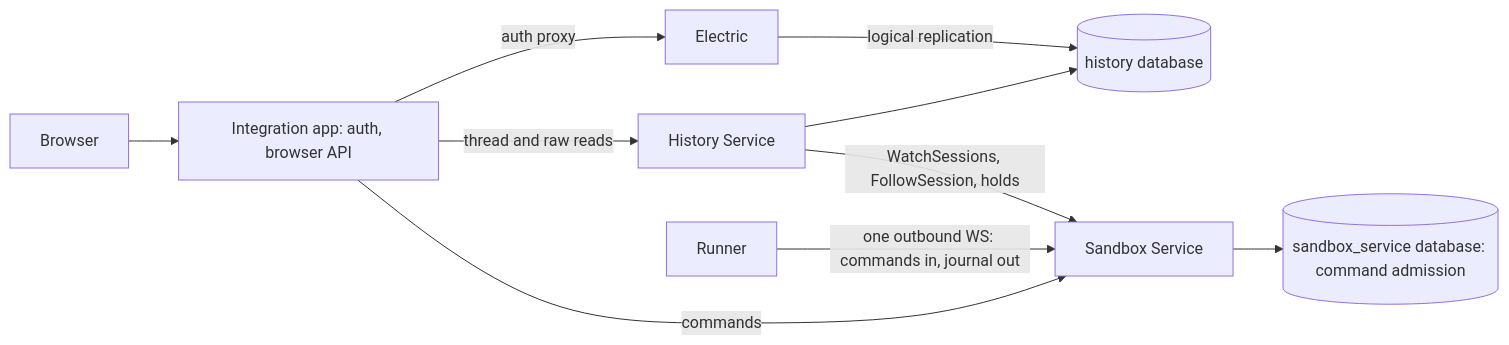
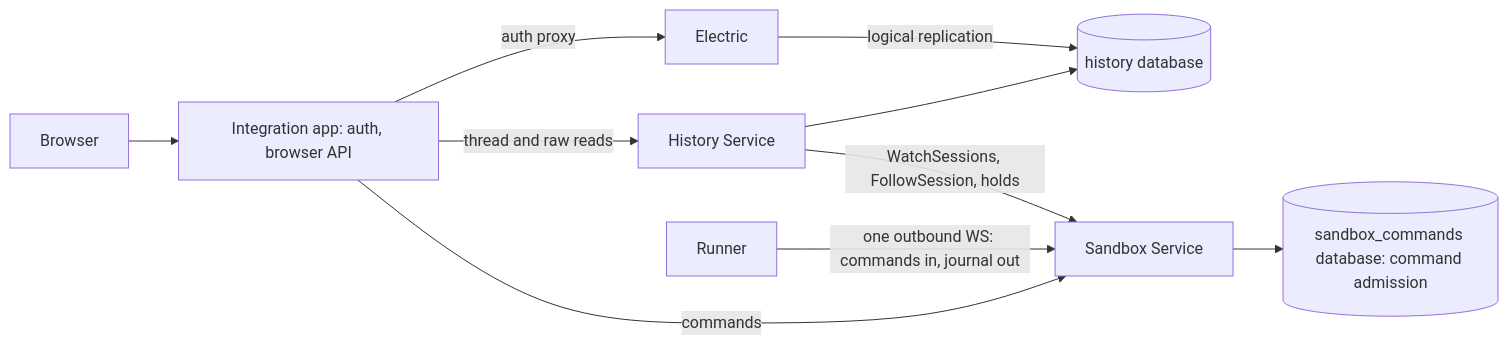
Before and after one commit to agentydragon/ducktape: the diagram in agentplane/plans/history_service.md, drawn with Mermaid. The commit also changed other lines of this file and 4 other files, not shown here.

First line of the commit message:
agentplane: add the sandbox_commands database for command admission

````diff
--- a/agentplane/plans/history_service.md
+++ b/agentplane/plans/history_service.md
@@ -15,12 +15,12 @@
 ```mermaid
 flowchart LR
     Browser --> App[Integration app: auth, browser API]
     App -- commands --> SS[Sandbox Service]
     App -- thread and raw reads --> HS[History Service]
     Electric -- logical replication --> HSDB[(history database)]
     App -- auth proxy --> Electric
     Runner -- one outbound WS: commands in, journal out --> SS
     HS -- WatchSessions, FollowSession, holds --> SS
     HS --> HSDB
-    SS --> SSDB[(sandbox_service database: command admission)]
+    SS --> SSDB[(sandbox_commands database: command admission)]
 ```
````
